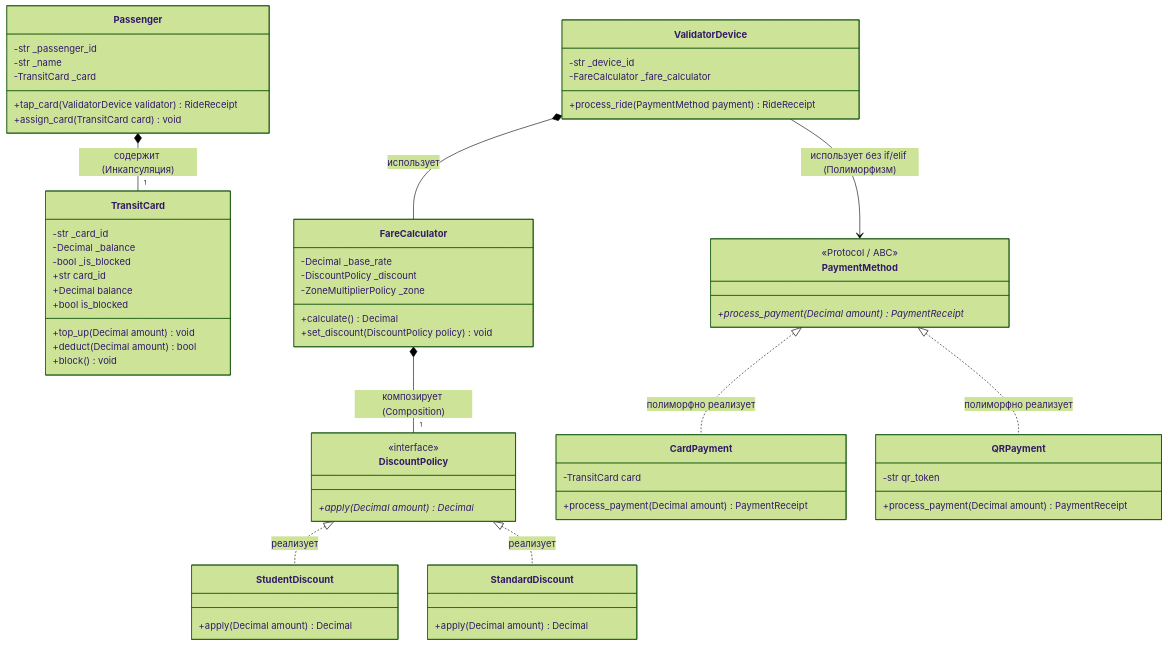
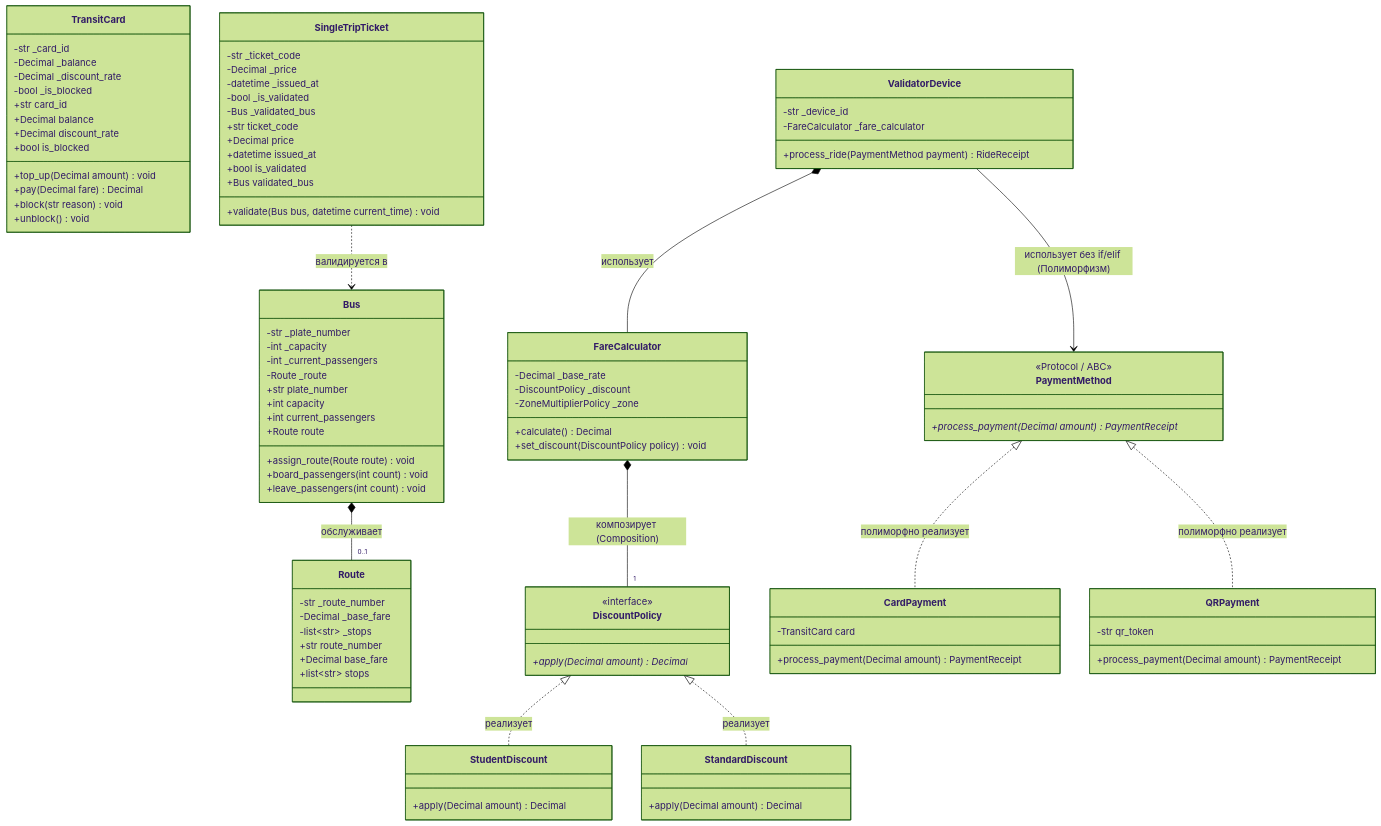
Before and after one commit to Kazahtelecom/WEBOOP: the diagram in docs/diagrams/avtobys-curriculum.mmd, drawn with Mermaid (forest theme). The commit also changed 10 other files, not shown here.

```diff
--- a/docs/diagrams/avtobys-curriculum.mmd
+++ b/docs/diagrams/avtobys-curriculum.mmd
@@ -1,76 +1,109 @@
 classDiagram
     direction TB
 
     %% Неделя 1: Инкапсуляция
+    class Route {
+        -str _route_number
+        -Decimal _base_fare
+        -list~str~ _stops
+        +str route_number
+        +Decimal base_fare
+        +list~str~ stops
+    }
+
+    class Bus {
+        -str _plate_number
+        -int _capacity
+        -int _current_passengers
+        -Route _route
+        +str plate_number
+        +int capacity
+        +int current_passengers
+        +Route route
+        +assign_route(Route route) void
+        +board_passengers(int count) void
+        +leave_passengers(int count) void
+    }
+
     class TransitCard {
         -str _card_id
         -Decimal _balance
+        -Decimal _discount_rate
         -bool _is_blocked
         +str card_id
         +Decimal balance
+        +Decimal discount_rate
         +bool is_blocked
         +top_up(Decimal amount) void
-        +deduct(Decimal amount) bool
-        +block() void
+        +pay(Decimal fare) Decimal
+        +block(str reason) void
+        +unblock() void
     }
 
-    class Passenger {
-        -str _passenger_id
-        -str _name
-        -TransitCard _card
-        +tap_card(ValidatorDevice validator) RideReceipt
-        +assign_card(TransitCard card) void
+    class SingleTripTicket {
+        -str _ticket_code
+        -Decimal _price
+        -datetime _issued_at
+        -bool _is_validated
+        -Bus _validated_bus
+        +str ticket_code
+        +Decimal price
+        +datetime issued_at
+        +bool is_validated
+        +Bus validated_bus
+        +validate(Bus bus, datetime current_time) void
     }
 
-    Passenger *-- "1" TransitCard : содержит (Инкапсуляция)
+    Bus *-- "0..1" Route : обслуживает
+    SingleTripTicket ..> Bus : валидируется в
 
     %% Неделя 2: Композиция тарифов
     class FareCalculator {
         -Decimal _base_rate
         -DiscountPolicy _discount
         -ZoneMultiplierPolicy _zone
         +calculate() Decimal
         +set_discount(DiscountPolicy policy) void
     }
 
     class DiscountPolicy {
         <<interface>>
         +apply(Decimal amount)* Decimal
     }
     class StudentDiscount {
         +apply(Decimal amount) Decimal
     }
     class StandardDiscount {
         +apply(Decimal amount) Decimal
     }
 
     FareCalculator *-- "1" DiscountPolicy : композирует (Composition)
     DiscountPolicy <|.. StudentDiscount : реализует
     DiscountPolicy <|.. StandardDiscount : реализует
 
     %% Неделя 3: Полиморфизм платежей
     class PaymentMethod {
         <<Protocol / ABC>>
         +process_payment(Decimal amount)* PaymentReceipt
     }
 
     class CardPayment {
         -TransitCard card
         +process_payment(Decimal amount) PaymentReceipt
     }
 
     class QRPayment {
         -str qr_token
         +process_payment(Decimal amount) PaymentReceipt
     }
 
     class ValidatorDevice {
         -str _device_id
         -FareCalculator _fare_calculator
         +process_ride(PaymentMethod payment) RideReceipt
     }
 
     PaymentMethod <|.. CardPayment : полиморфно реализует
     PaymentMethod <|.. QRPayment : полиморфно реализует
     ValidatorDevice --> PaymentMethod : использует без if/elif (Полиморфизм)
     ValidatorDevice *-- FareCalculator : использует
```
